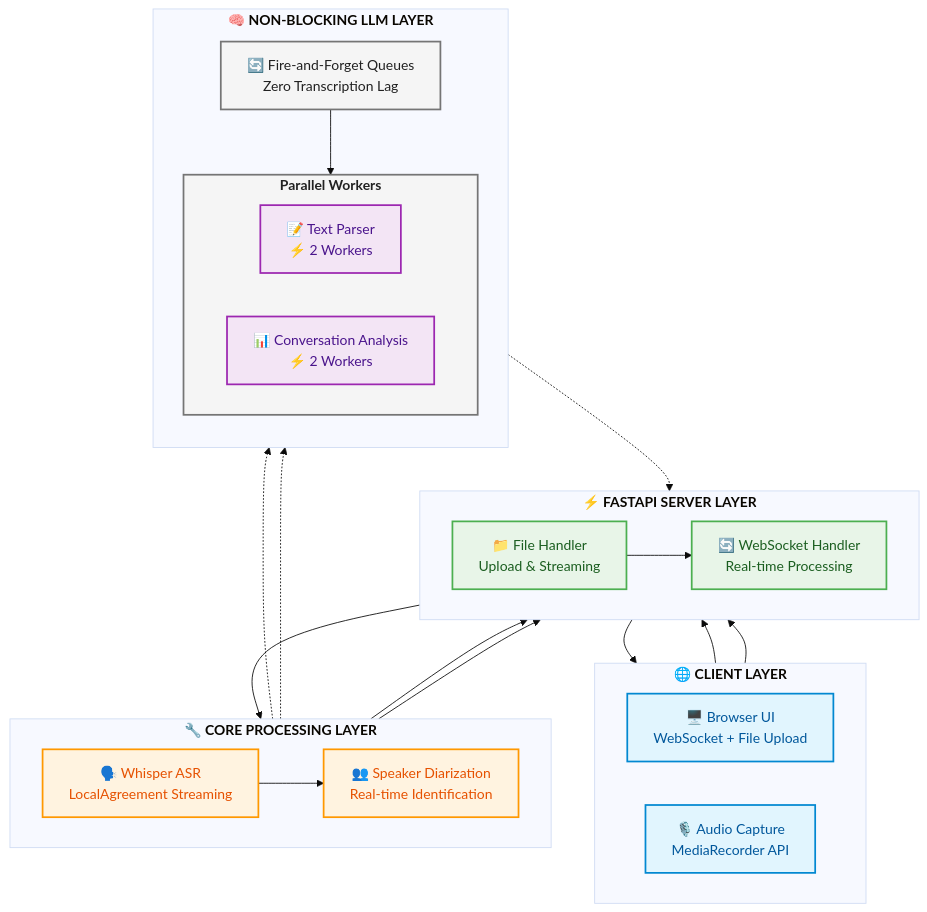
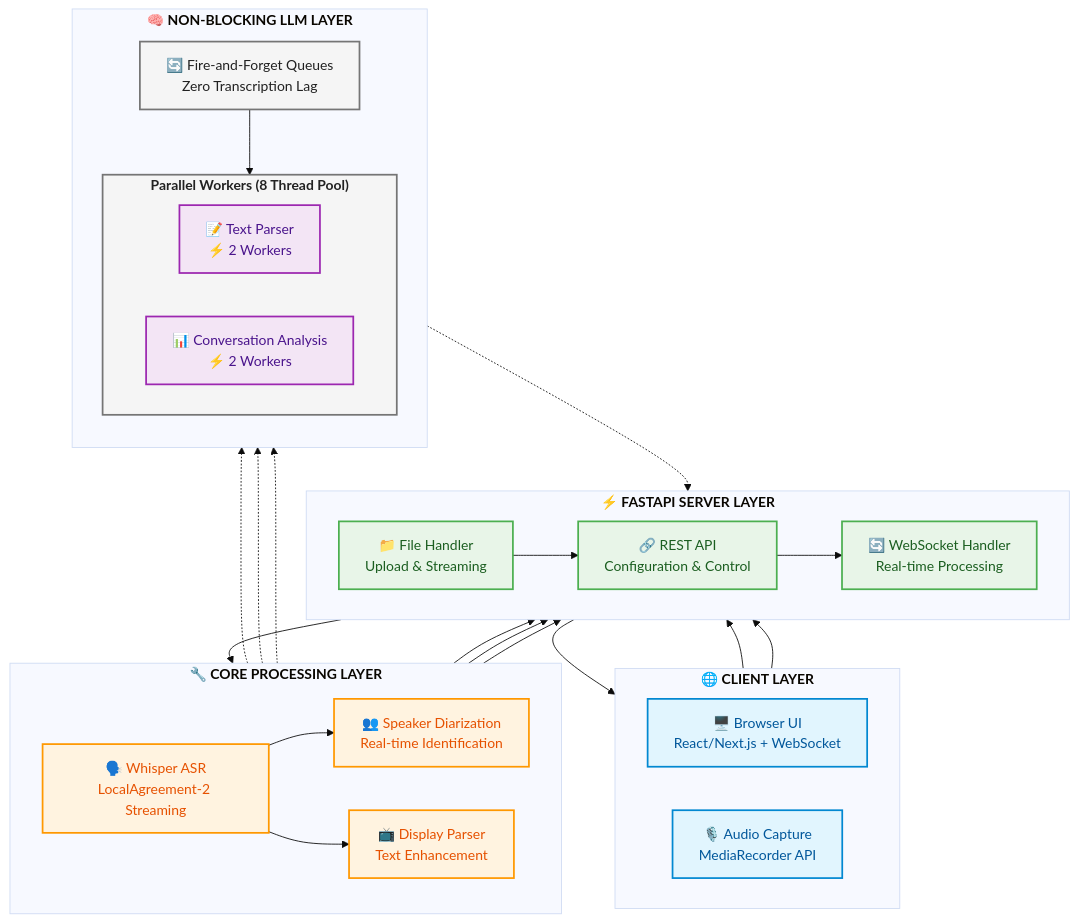
One commit to teron131/AudioInsight changed the diagram in README.md. Above: the diagram before and after it, drawn with Mermaid (base theme). The commit also changed other lines of this file and 1 other file, not shown here.

````diff
--- a/README.md
+++ b/README.md
@@ -47,63 +47,68 @@
 ```mermaid
 flowchart TD
     subgraph Client["<b>🌐 CLIENT LAYER</b>"]
         direction LR
-        Browser["🖥️ Browser UI<br/>WebSocket + File Upload"]
+        Browser["🖥️ Browser UI<br/>React/Next.js + WebSocket"]
         Audio["🎙️ Audio Capture<br/>MediaRecorder API"]
     end
 
     subgraph Server["<b>⚡ FASTAPI SERVER LAYER</b>"]
         direction LR
         WS["🔄 WebSocket Handler<br/>Real-time Processing"]
         Files["📁 File Handler<br/>Upload & Streaming"]
+        API["🔗 REST API<br/>Configuration & Control"]
     end
 
     subgraph Core["<b>🔧 CORE PROCESSING LAYER</b>"]
         direction LR
-        ASR["🗣️ Whisper ASR<br/>LocalAgreement Streaming"]
+        ASR["🗣️ Whisper ASR<br/>LocalAgreement-2 Streaming"]
         Diarization["👥 Speaker Diarization<br/>Real-time Identification"]
+        Display["📺 Display Parser<br/>Text Enhancement"]
     end
 
     subgraph LLM["<b>🧠 NON-BLOCKING LLM LAYER</b>"]
         direction TB
         Queue["🔄 Fire-and-Forget Queues<br/>Zero Transcription Lag"]
-        subgraph Workers["<b>Parallel Workers</b>"]
+        subgraph Workers["<b>Parallel Workers (8 Thread Pool)</b>"]
             direction LR
             Parser["📝 Text Parser<br/>⚡ 2 Workers"]
             Summarizer["📊 Conversation Analysis<br/>⚡ 2 Workers"]
         end
     end
 
     %% Main processing flow (solid arrows)
     Browser --> WS
     Audio --> WS
-    Files --> WS
+    Files --> API
+    API --> WS
     WS --> ASR
     ASR --> Diarization
+    ASR --> Display
 
     %% Non-blocking LLM flow (dashed arrows)
     ASR -.-> Queue
     Diarization -.-> Queue
+    Display -.-> Queue
     Queue --> Workers
 
     %% Output flow
     ASR --> WS
     Diarization --> WS
+    Display --> WS
     Workers -.-> WS
     WS --> Browser
 
     %% Meaningful color categorization
     classDef frontend fill:#E1F5FE,stroke:#0288D1,stroke-width:2px,color:#01579B
     classDef communication fill:#E8F5E8,stroke:#4CAF50,stroke-width:2px,color:#1B5E20
     classDef processing fill:#FFF3E0,stroke:#FF9800,stroke-width:2px,color:#E65100
     classDef intelligence fill:#F3E5F5,stroke:#9C27B0,stroke-width:2px,color:#4A148C
     classDef infrastructure fill:#F5F5F5,stroke:#757575,stroke-width:2px,color:#212121
 
     %% Apply colors by function
     class Browser,Audio frontend
-    class WS,Files communication
-    class ASR,Diarization processing
+    class WS,Files,API communication
+    class ASR,Diarization,Display processing
     class Parser,Summarizer intelligence
     class Queue,Workers infrastructure
-    class LLM background_llm
 ```
````
